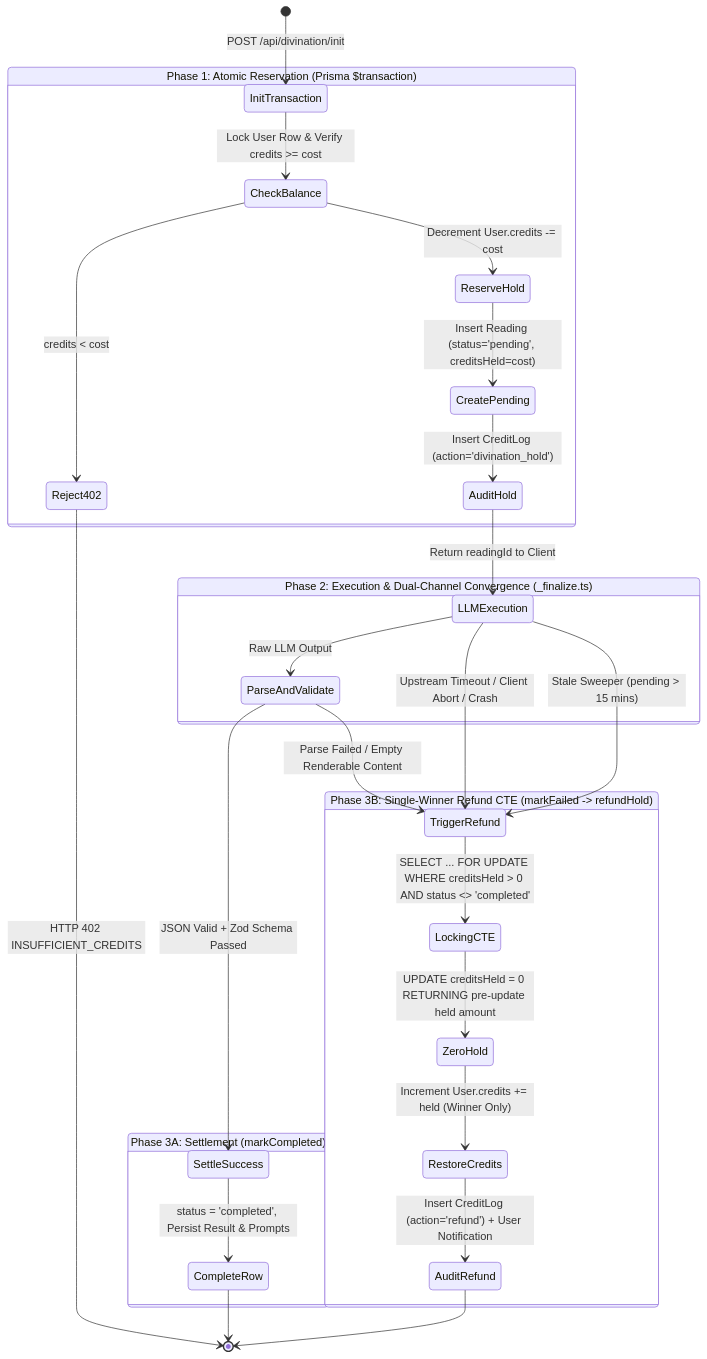
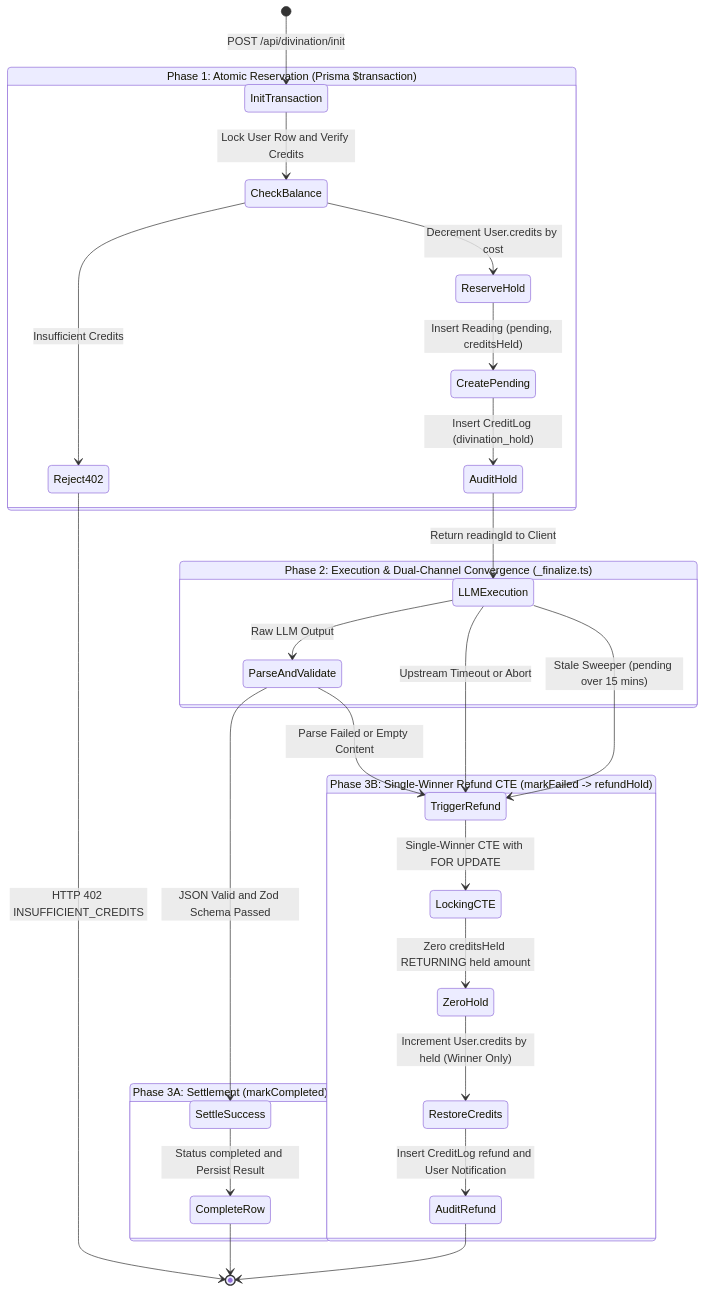
The fifth of 5 diagrams in README.md (cocWorkshop/chinese-divination), drawn with Mermaid before and after one commit. The commit also changed other lines of this file and 2 other files, not shown here.

Commit message:
docs(readme): fix mermaid state diagram syntax and refine responsive divination layout

````diff
--- a/README.md
+++ b/README.md
@@ -344,37 +344,37 @@
 ```mermaid
 stateDiagram-v2
     [*] --> InitTransaction: POST /api/divination/init
 
     state "Phase 1: Atomic Reservation (Prisma $transaction)" as Phase1 {
-        InitTransaction --> CheckBalance: Lock User Row & Verify credits >= cost
-        CheckBalance --> Reject402: credits < cost
-        CheckBalance --> ReserveHold: Decrement User.credits -= cost
-        ReserveHold --> CreatePending: Insert Reading (status='pending', creditsHeld=cost)
-        CreatePending --> AuditHold: Insert CreditLog (action='divination_hold')
+        InitTransaction --> CheckBalance: Lock User Row and Verify Credits
+        CheckBalance --> Reject402: Insufficient Credits
+        CheckBalance --> ReserveHold: Decrement User.credits by cost
+        ReserveHold --> CreatePending: Insert Reading (pending, creditsHeld)
+        CreatePending --> AuditHold: Insert CreditLog (divination_hold)
     }
 
     Reject402 --> [*]: HTTP 402 INSUFFICIENT_CREDITS
     AuditHold --> LLMExecution: Return readingId to Client
 
     state "Phase 2: Execution & Dual-Channel Convergence (_finalize.ts)" as Phase2 {
         LLMExecution --> ParseAndValidate: Raw LLM Output
-        ParseAndValidate --> SettleSuccess: JSON Valid + Zod Schema Passed
-        ParseAndValidate --> TriggerRefund: Parse Failed / Empty Renderable Content
-        LLMExecution --> TriggerRefund: Upstream Timeout / Client Abort / Crash
-        LLMExecution --> TriggerRefund: Stale Sweeper (pending > 15 mins)
+        ParseAndValidate --> SettleSuccess: JSON Valid and Zod Schema Passed
+        ParseAndValidate --> TriggerRefund: Parse Failed or Empty Content
+        LLMExecution --> TriggerRefund: Upstream Timeout or Abort
+        LLMExecution --> TriggerRefund: Stale Sweeper (pending over 15 mins)
     }
 
     state "Phase 3A: Settlement (markCompleted)" as Phase3A {
-        SettleSuccess --> CompleteRow: status = 'completed', Persist Result & Prompts
+        SettleSuccess --> CompleteRow: Status completed and Persist Result
     }
 
     state "Phase 3B: Single-Winner Refund CTE (markFailed -> refundHold)" as Phase3B {
-        TriggerRefund --> LockingCTE: SELECT ... FOR UPDATE WHERE creditsHeld > 0 AND status <> 'completed'
-        LockingCTE --> ZeroHold: UPDATE creditsHeld = 0 RETURNING pre-update held amount
-        ZeroHold --> RestoreCredits: Increment User.credits += held (Winner Only)
-        RestoreCredits --> AuditRefund: Insert CreditLog (action='refund') + User Notification
+        TriggerRefund --> LockingCTE: Single-Winner CTE with FOR UPDATE
+        LockingCTE --> ZeroHold: Zero creditsHeld RETURNING held amount
+        ZeroHold --> RestoreCredits: Increment User.credits by held (Winner Only)
+        RestoreCredits --> AuditRefund: Insert CreditLog refund and User Notification
     }
 
     CompleteRow --> [*]
     AuditRefund --> [*]
 ```
````
